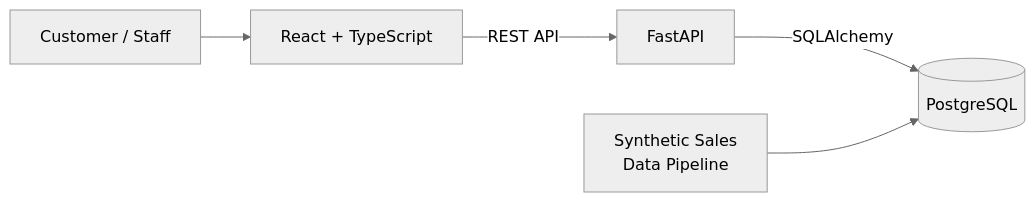
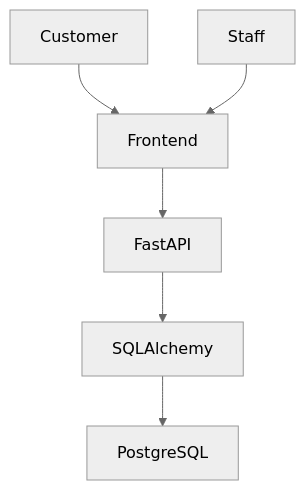
One commit to aarushnag27/retail-intelligence-platform changed the first of 3 diagrams in README.md. Above: the diagram before and after it, drawn with Mermaid (neutral theme). The commit also changed other lines of this file, not shown here.

````diff
--- a/README.md
+++ b/README.md
@@ -57,7 +72,8 @@
 ```mermaid
-flowchart LR
-    U[Customer / Staff] --> R[React + TypeScript]
-    R -- REST API --> F[FastAPI]
-    F -- SQLAlchemy --> P[(PostgreSQL)]
-    G[Synthetic Sales<br/>Data Pipeline] --> P
+flowchart TD
+    Customer --> Frontend
+    Staff --> Frontend
+    Frontend --> FastAPI
+    FastAPI --> SQLAlchemy
+    SQLAlchemy --> PostgreSQL
 ```
````
